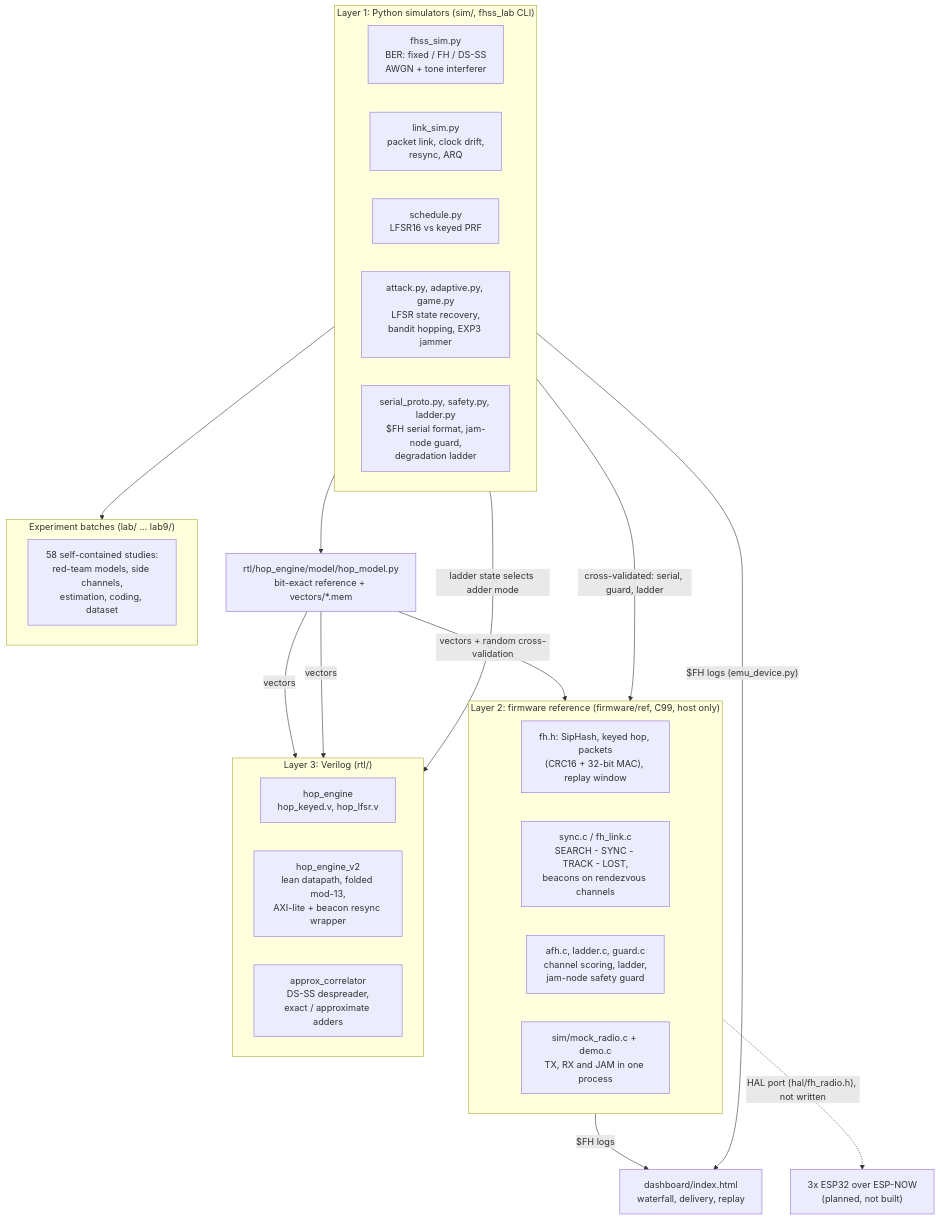
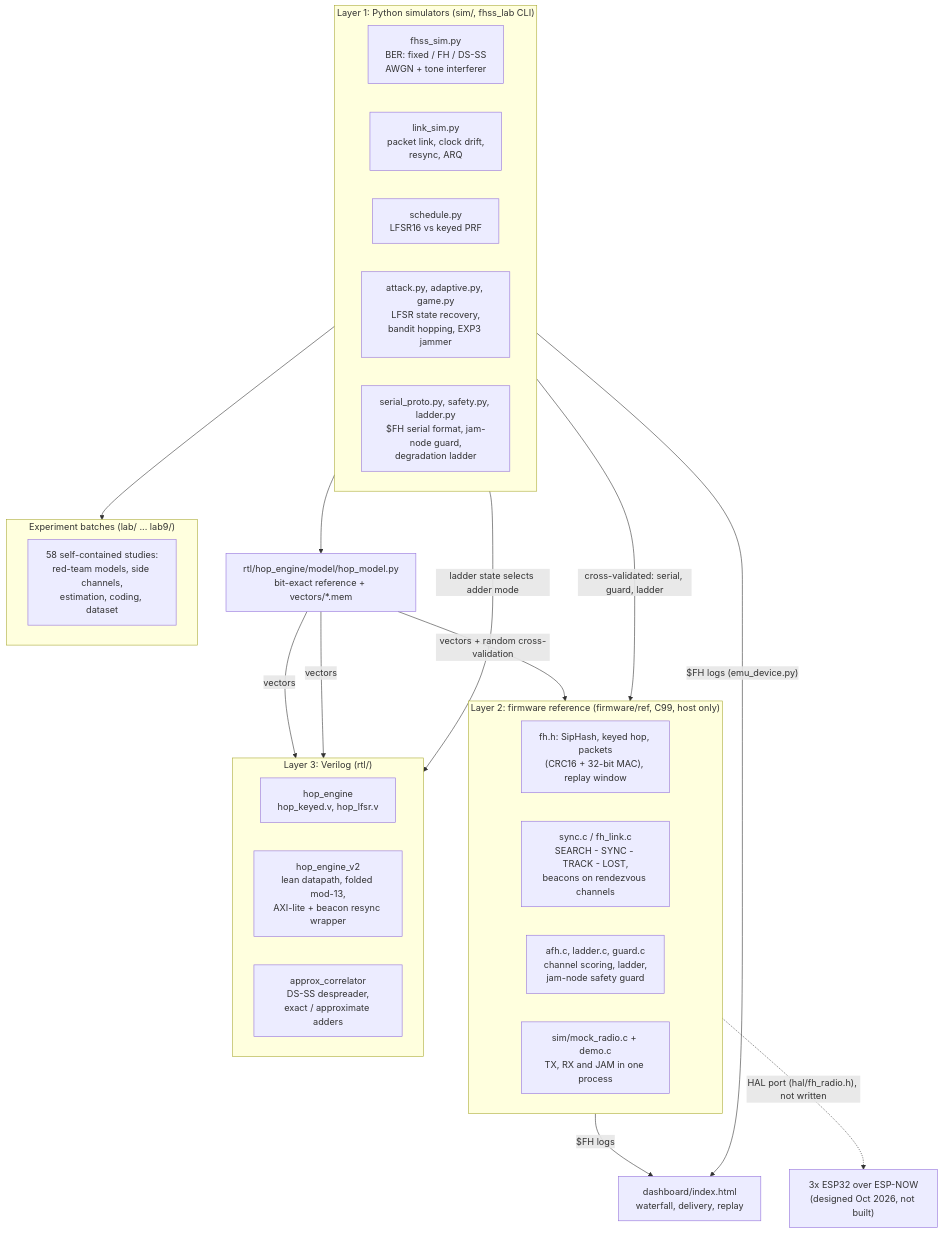
One commit to Kavin-Re/FHSS-Link changed the diagram in README.md. Above: the diagram before and after it, drawn with Mermaid. The commit also changed other lines of this file and 3 other files, not shown here.

````diff
--- a/README.md
+++ b/README.md
@@ -41,45 +52,45 @@
 ```mermaid
 flowchart TB
     subgraph SIM["Layer 1: Python simulators (sim/, fhss_lab CLI)"]
         direction LR
         PHY["fhss_sim.py<br/>BER: fixed / FH / DS-SS<br/>AWGN + tone interferer"]
         LINK["link_sim.py<br/>packet link, clock drift,<br/>resync, ARQ"]
         SCHED["schedule.py<br/>LFSR16 vs keyed PRF"]
         ATK["attack.py, adaptive.py, game.py<br/>LFSR state recovery,<br/>bandit hopping, EXP3 jammer"]
         PROTO["serial_proto.py, safety.py, ladder.py<br/>$FH serial format, jam-node guard,<br/>degradation ladder"]
     end
 
     subgraph LABS["Experiment batches (lab/ ... lab9/)"]
         LABX["58 self-contained studies:<br/>red-team models, side channels,<br/>estimation, coding, dataset"]
     end
 
     subgraph FW["Layer 2: firmware reference (firmware/ref, C99, host only)"]
         direction LR
         CORE["fh.h: SipHash, keyed hop, packets<br/>(CRC16 + 32-bit MAC), replay window"]
         SYNC["sync.c / fh_link.c<br/>SEARCH - SYNC - TRACK - LOST,<br/>beacons on rendezvous channels"]
         POL["afh.c, ladder.c, guard.c<br/>channel scoring, ladder,<br/>jam-node safety guard"]
         MOCK["sim/mock_radio.c + demo.c<br/>TX, RX and JAM in one process"]
     end
 
     subgraph RTL["Layer 3: Verilog (rtl/)"]
         direction LR
         V1["hop_engine<br/>hop_keyed.v, hop_lfsr.v"]
         V2["hop_engine_v2<br/>lean datapath, folded mod-13,<br/>AXI-lite + beacon resync wrapper"]
         CORR["approx_correlator<br/>DS-SS despreader,<br/>exact / approximate adders"]
     end
 
     DASH["dashboard/index.html<br/>waterfall, delivery, replay"]
-    HW["3x ESP32 over ESP-NOW<br/>(planned, not built)"]
+    HW["3x ESP32 over ESP-NOW<br/>(designed Oct 2026, not built)"]
     MODEL["rtl/hop_engine/model/hop_model.py<br/>bit-exact reference + vectors/*.mem"]
 
     SCHED --> MODEL
     MODEL -- "vectors" --> V1
     MODEL -- "vectors" --> V2
     MODEL -- "vectors + random cross-validation" --> CORE
     PROTO -- "cross-validated: serial, guard, ladder" --> POL
     PROTO -- "ladder state selects adder mode" --> CORR
     SIM --> LABS
     MOCK -- "$FH logs" --> DASH
     PROTO -- "$FH logs (emu_device.py)" --> DASH
     FW -. "HAL port (hal/fh_radio.h), not written" .-> HW
 ```
````
